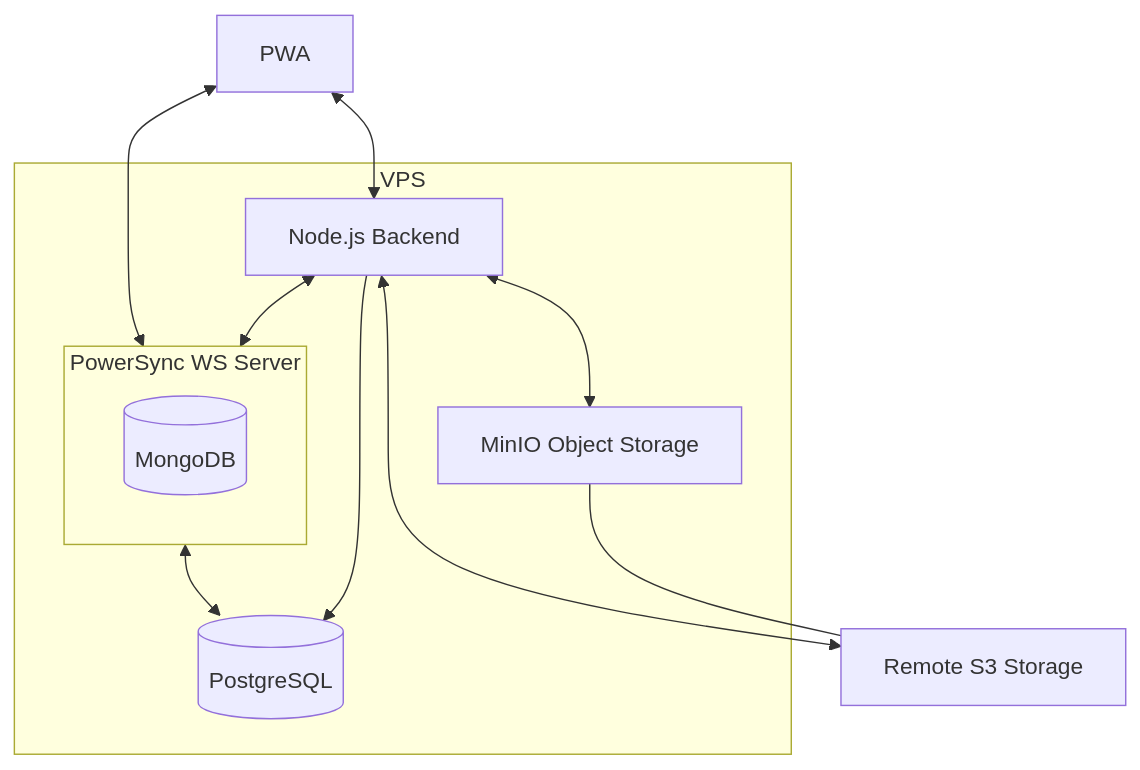
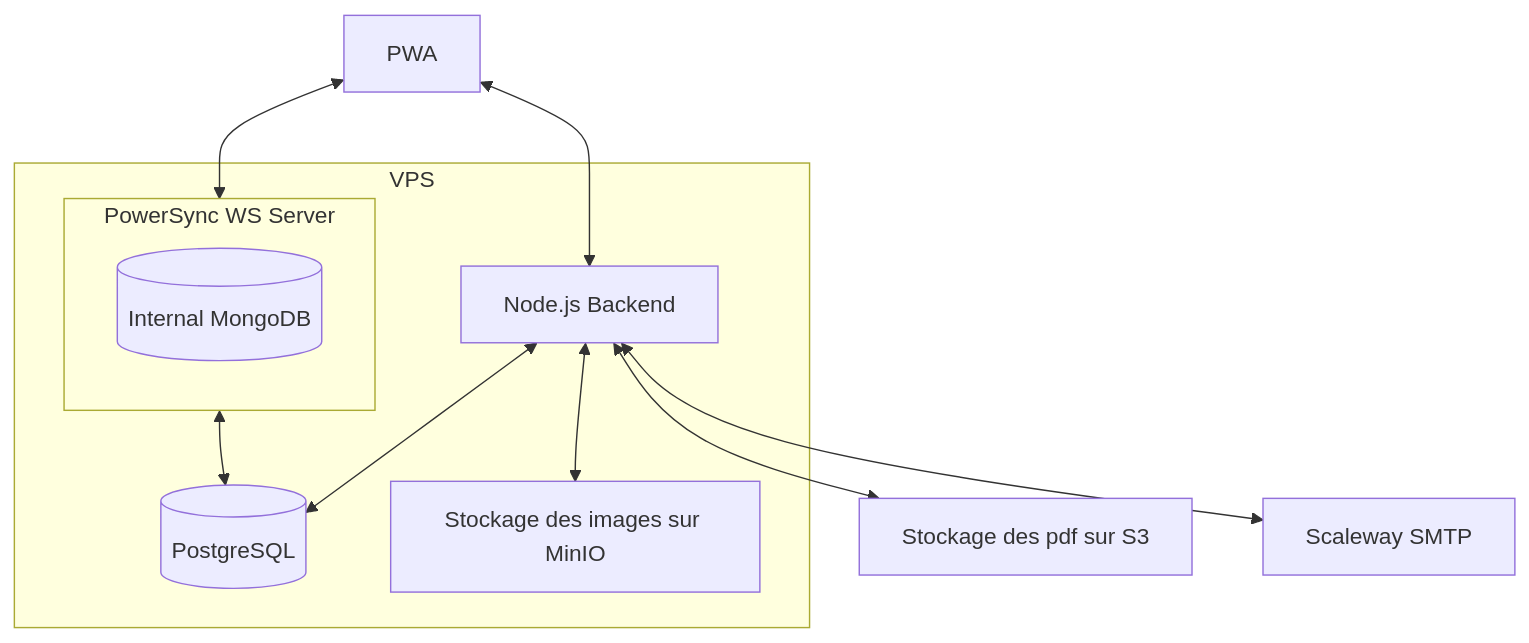
One commit to betagouv/compte-rendu-vif changed the diagram in README.md. Above: the diagram before and after it, drawn with Mermaid. The commit also changed other lines of this file and 1 other file, not shown here.

````diff
--- a/README.md
+++ b/README.md
@@ -34,19 +25,18 @@
 ```mermaid
 graph TD
     subgraph VPS
-        Backend[Node.js Backend] --> DB[(PostgreSQL)]
-        Backend <--> PowerSync
-        Backend <--> MinIO[MinIO Object Storage]
+        Backend[Node.js Backend] <--> DB[(PostgreSQL)]
+        Backend <--> MinIO[Stockage des images sur MinIO]
         PowerSync <--> DB
 
         subgraph PowerSync[PowerSync WS Server]
-            MongoDB[(MongoDB)]
+            MongoDB[(Internal MongoDB)]
         end
     end
 
-    MinIO --- S3[Remote S3 Storage]
-    Backend <--> S3
+    Backend <--> S3[Stockage des pdf sur S3]
+    Backend <--> SMTP[Scaleway SMTP]
 
     Frontend[PWA] <--> Backend
     Frontend <--> PowerSync
 ```
````
